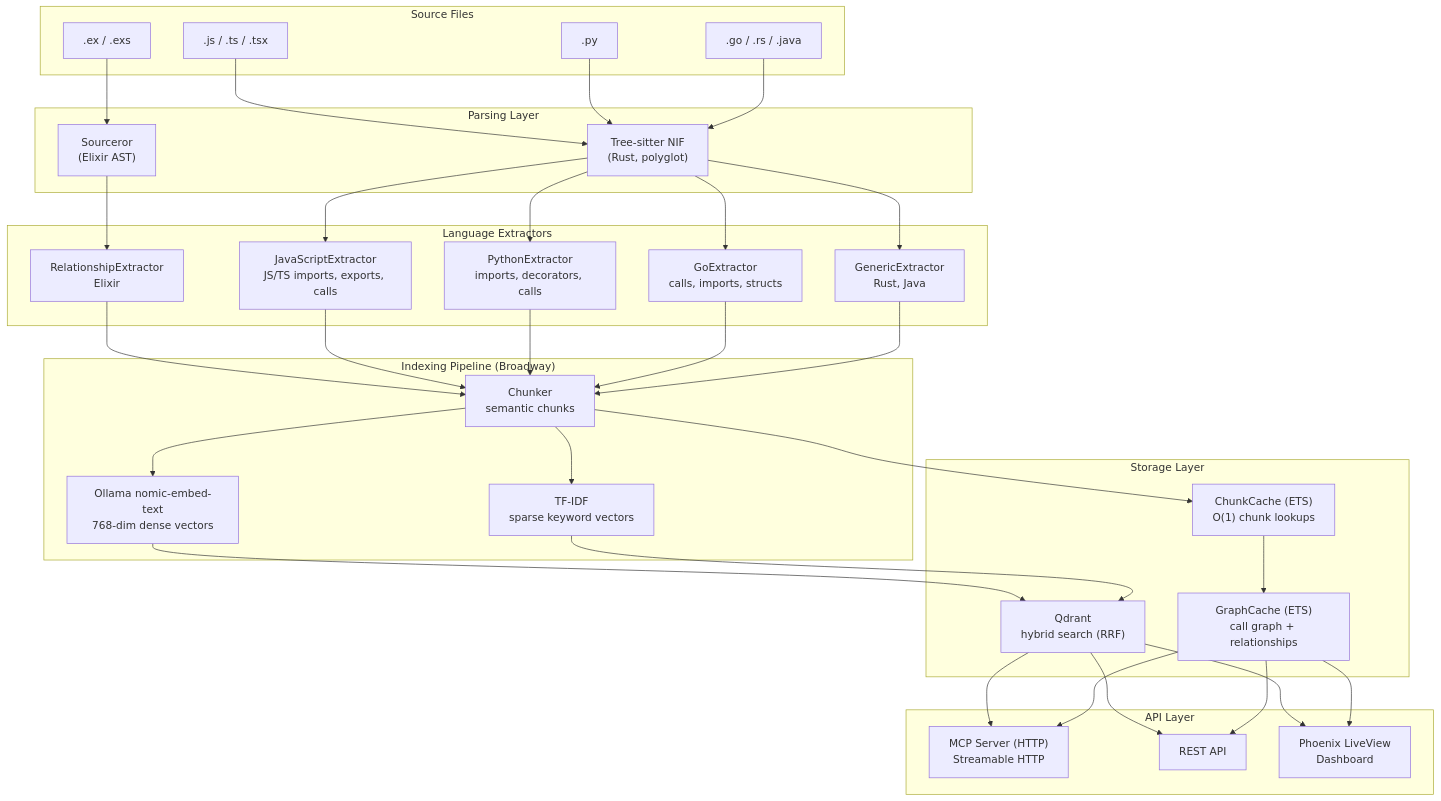
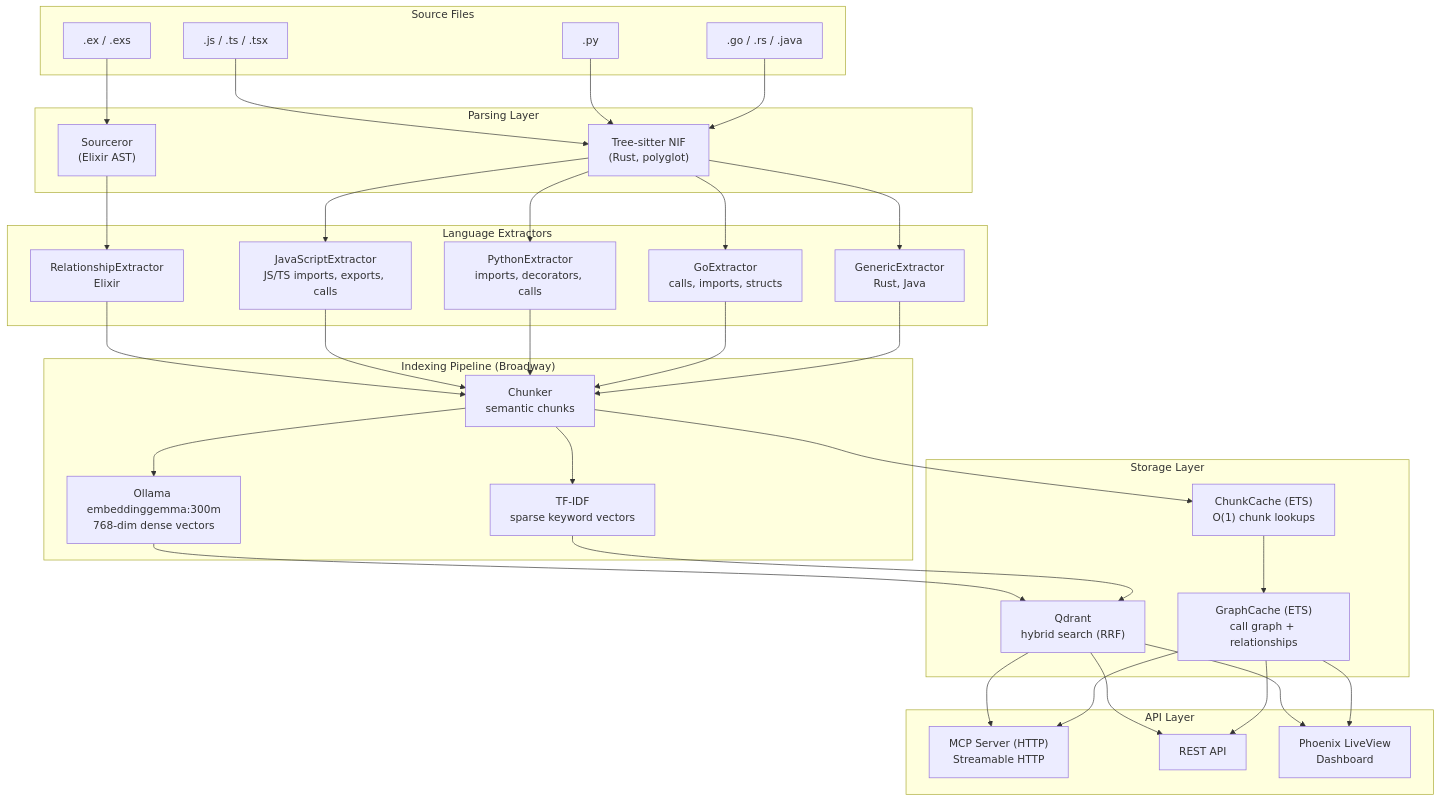
Before and after one commit to iksnerd/code-nexus: the first of 4 diagrams in README.md, drawn with Mermaid. The commit also changed other lines of this file and 10 other files, not shown here.

````diff
--- a/README.md
+++ b/README.md
@@ -87,52 +87,52 @@
 ```mermaid
 graph TB
     subgraph Sources["Source Files"]
         EX[".ex / .exs"]
         JS[".js / .ts / .tsx"]
         PY[".py"]
         OTHER[".go / .rs / .java"]
     end
 
     subgraph Parsing["Parsing Layer"]
         SR["Sourceror<br/>(Elixir AST)"]
         TS["Tree-sitter NIF<br/>(Rust, polyglot)"]
     end
 
     subgraph Extractors["Language Extractors"]
         RE["RelationshipExtractor<br/>Elixir"]
         JSE["JavaScriptExtractor<br/>JS/TS imports, exports, calls"]
         PYE["PythonExtractor<br/>imports, decorators, calls"]
         GOE["GoExtractor<br/>calls, imports, structs"]
         GE["GenericExtractor<br/>Rust, Java"]
     end
 
     subgraph Indexing["Indexing Pipeline (Broadway)"]
         CH["Chunker<br/>semantic chunks"]
-        OL["Ollama nomic-embed-text<br/>768-dim dense vectors"]
+        OL["Ollama embeddinggemma:300m<br/>768-dim dense vectors"]
         TFIDF["TF-IDF<br/>sparse keyword vectors"]
     end
 
     subgraph Storage["Storage Layer"]
         QD["Qdrant<br/>hybrid search (RRF)"]
         CC["ChunkCache (ETS)<br/>O(1) chunk lookups"]
         GC["GraphCache (ETS)<br/>call graph + relationships"]
     end
 
     subgraph API["API Layer"]
         MCP_HTTP["MCP Server (HTTP)<br/>Streamable HTTP"]
         REST["REST API"]
         PHX["Phoenix LiveView<br/>Dashboard"]
     end
 
     EX --> SR --> RE
     JS --> TS --> JSE
     PY --> TS --> PYE
     OTHER --> TS --> GOE & GE
 
     RE & JSE & PYE & GOE & GE --> CH
     CH --> OL & TFIDF
     OL & TFIDF --> QD
     CH --> CC --> GC
 
     QD & GC --> MCP_HTTP & REST & PHX
 ```
````
